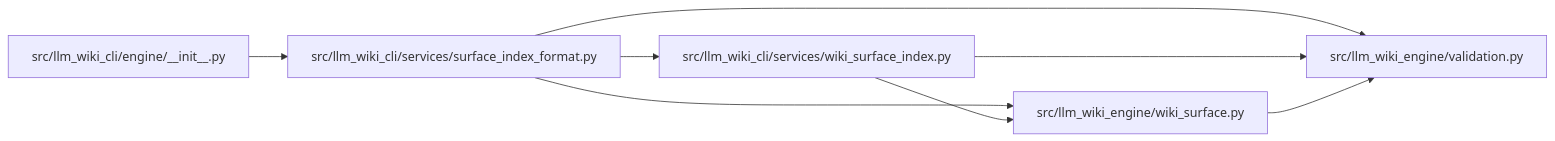
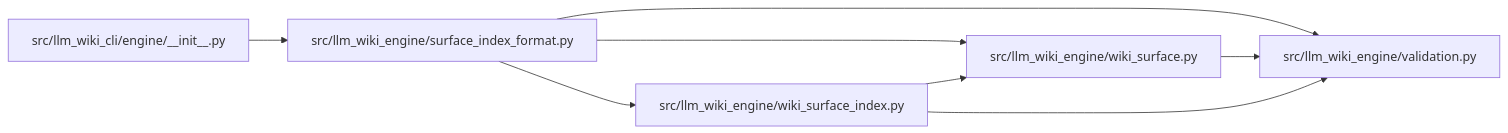
The diagram in docs/llm_wiki/modules/surface_index_format.md (Denissvgn/python-wiki-llm), drawn with Mermaid before and after one commit. The commit also changed other lines of this file and 739 other files, not shown here.

First line of the commit message:
docs: refresh the wiki for the second engine batch

````diff
--- a/docs/llm_wiki/modules/surface_index_format.md
+++ b/docs/llm_wiki/modules/surface_index_format.md
@@ -31,20 +31,20 @@
 ```mermaid
 flowchart LR
     n0["src/llm_wiki_cli/engine/__init__.py"]
-    n1["src/llm_wiki_cli/services/surface_index_format.py"]
-    n2["src/llm_wiki_cli/services/wiki_surface_index.py"]
-    n3["src/llm_wiki_engine/validation.py"]
-    n4["src/llm_wiki_engine/wiki_surface.py"]
+    n1["src/llm_wiki_engine/surface_index_format.py"]
+    n2["src/llm_wiki_engine/validation.py"]
+    n3["src/llm_wiki_engine/wiki_surface.py"]
+    n4["src/llm_wiki_engine/wiki_surface_index.py"]
     n0 --> n1
     n1 --> n2
     n1 --> n3
     n1 --> n4
-    n2 --> n3
-    n2 --> n4
+    n3 --> n2
+    n4 --> n2
     n4 --> n3
     click n0 "../modules/engine___init__.md"
     click n1 "../modules/surface_index_format.md"
-    click n2 "../modules/wiki_surface_index.md"
-    click n3 "../modules/validation.md"
-    click n4 "../modules/wiki_surface.md"
+    click n2 "../modules/validation.md"
+    click n3 "../modules/wiki_surface.md"
+    click n4 "../modules/wiki_surface_index.md"
 ```
````
